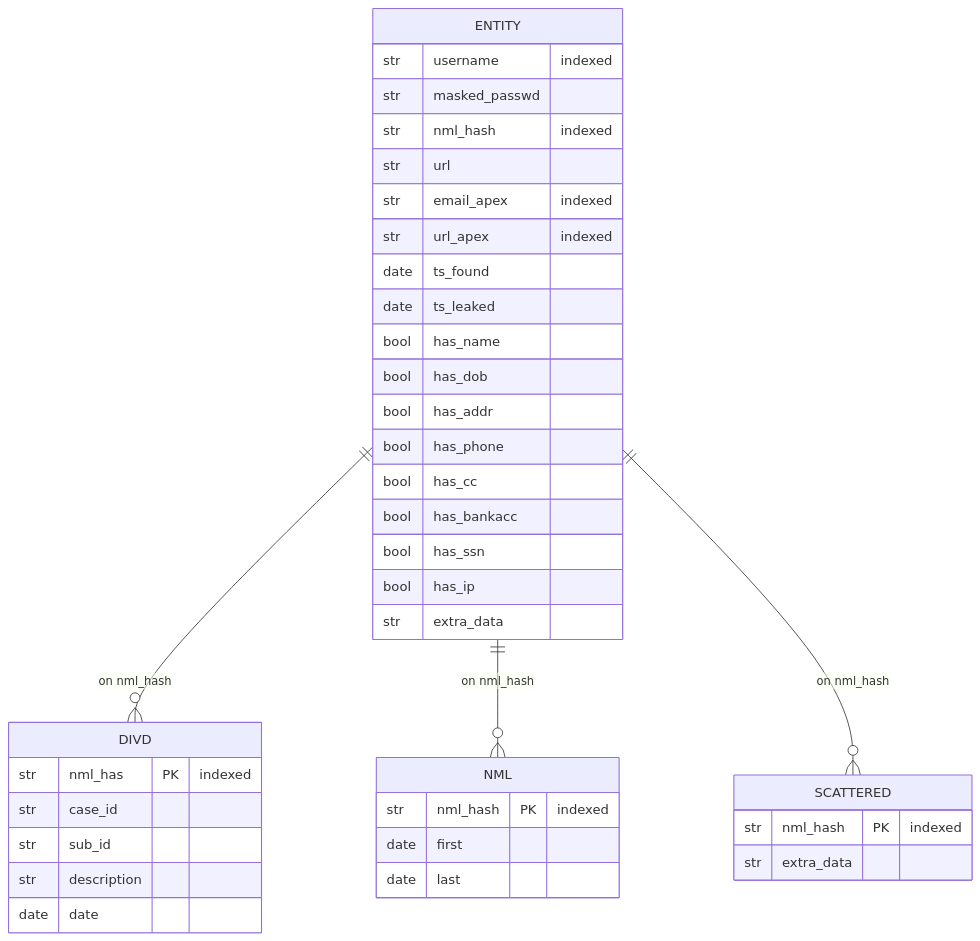
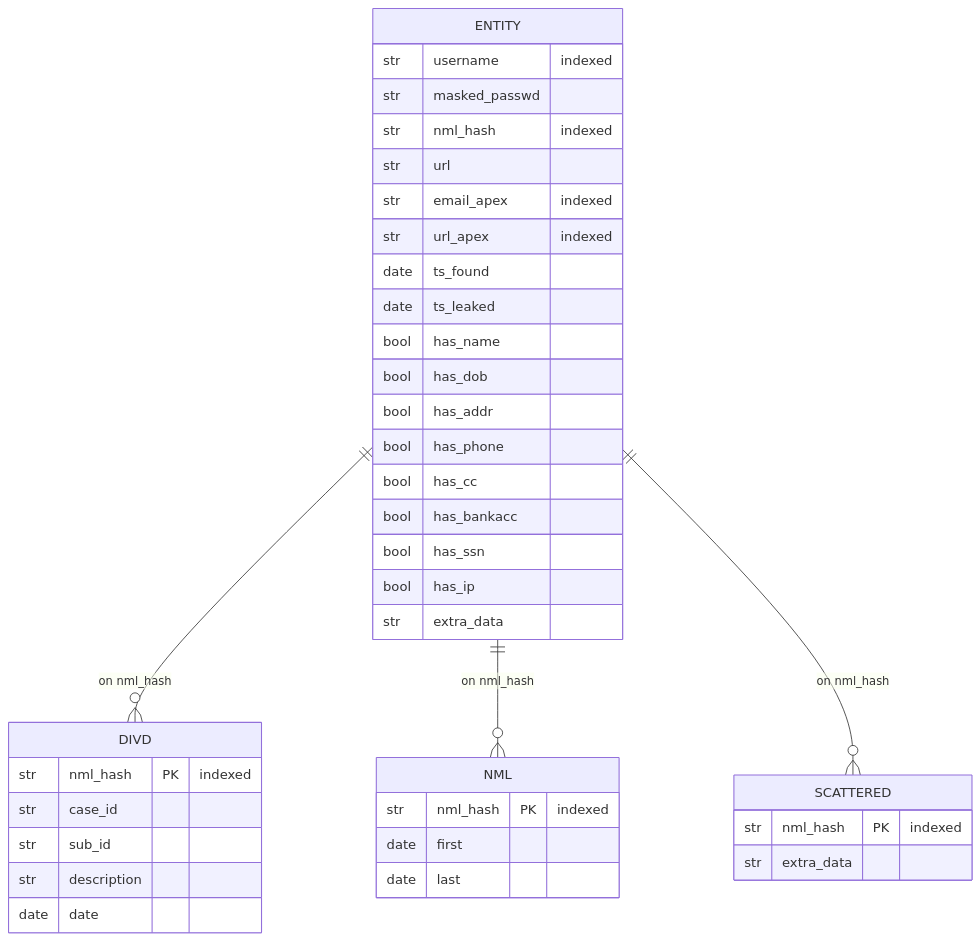
Before and after one commit to DIVD-NL/stolen_creds_pipeline: the second of 4 diagrams in README.md, drawn with Mermaid. The commit also changed other lines of this file, not shown here.

````diff
--- a/README.md
+++ b/README.md
@@ -89,45 +89,45 @@
 ```mermaid
 erDiagram
     ENTITY {
         str username "indexed"
         str masked_passwd
         str nml_hash "indexed"
         str url
         str email_apex "indexed"
         str url_apex "indexed"
         date ts_found
         date ts_leaked
         bool has_name
         bool has_dob
         bool has_addr
         bool has_phone
         bool has_cc
         bool has_bankacc
         bool has_ssn
         bool has_ip 
         str extra_data
     }
 
     DIVD {
-        str nml_has PK "indexed"
+        str nml_hash PK "indexed"
         str case_id
         str sub_id
         str description
         date date
     }
 
     NML {
         str nml_hash PK "indexed"
         date first
         date last
     }
 
     SCATTERED {
         str nml_hash PK "indexed"
         str extra_data
     }
 
     ENTITY ||--0+ DIVD : "on nml_hash"
     ENTITY ||--0+ NML : "on nml_hash"
     ENTITY ||--0+ SCATTERED : "on nml_hash"
 ```
````
